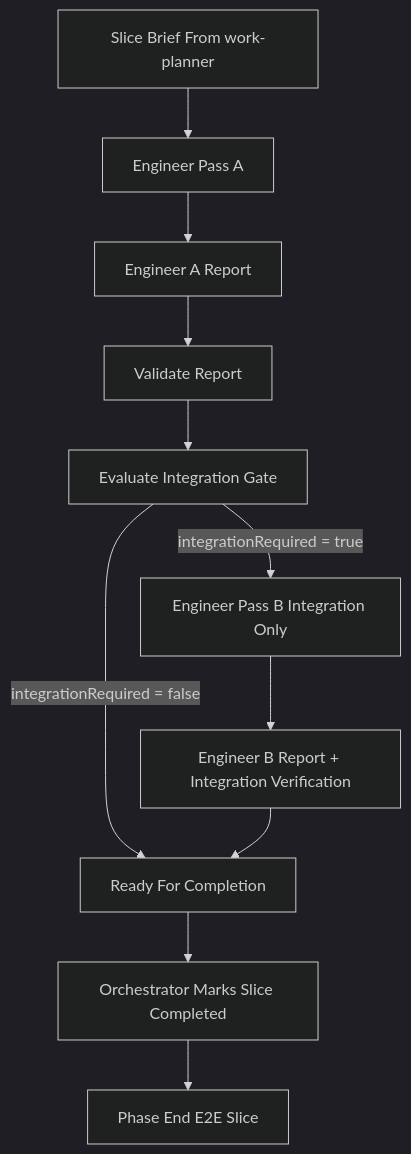
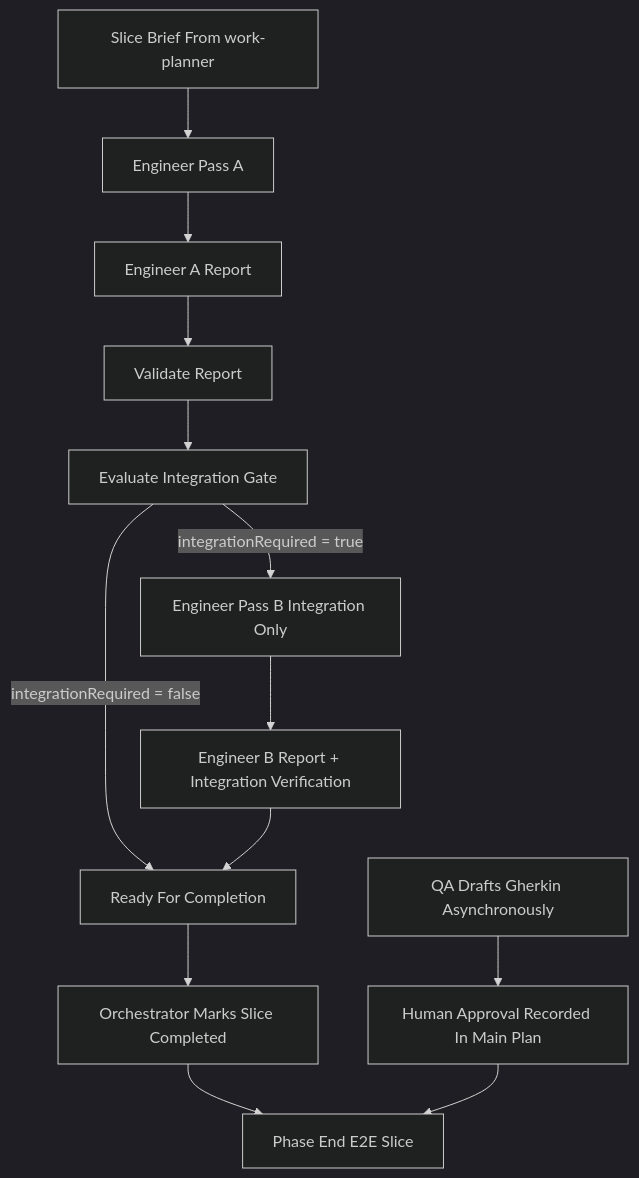
One commit to smikelson75/AI.Workflows changed the diagram in docs/deterministic-verification-user-guide.md. Above: the diagram before and after it, drawn with Mermaid (dark theme). The commit also changed other lines of this file and 19 other files, not shown here.

````diff
--- a/docs/deterministic-verification-user-guide.md
+++ b/docs/deterministic-verification-user-guide.md
@@ -54,13 +55,15 @@
 ```mermaid
 flowchart TD
     A[Slice Brief From work-planner] --> B[Engineer Pass A]
     B --> C[Engineer A Report]
     C --> D[Validate Report]
     D --> E[Evaluate Integration Gate]
     E -->|integrationRequired = false| H[Ready For Completion]
     E -->|integrationRequired = true| F[Engineer Pass B Integration Only]
     F --> G[Engineer B Report + Integration Verification]
     G --> H
     H --> I[Orchestrator Marks Slice Completed]
     I --> J[Phase End E2E Slice]
+    K[QA Drafts Gherkin Asynchronously] --> L[Human Approval Recorded In Main Plan]
+    L --> J
 ```
````
